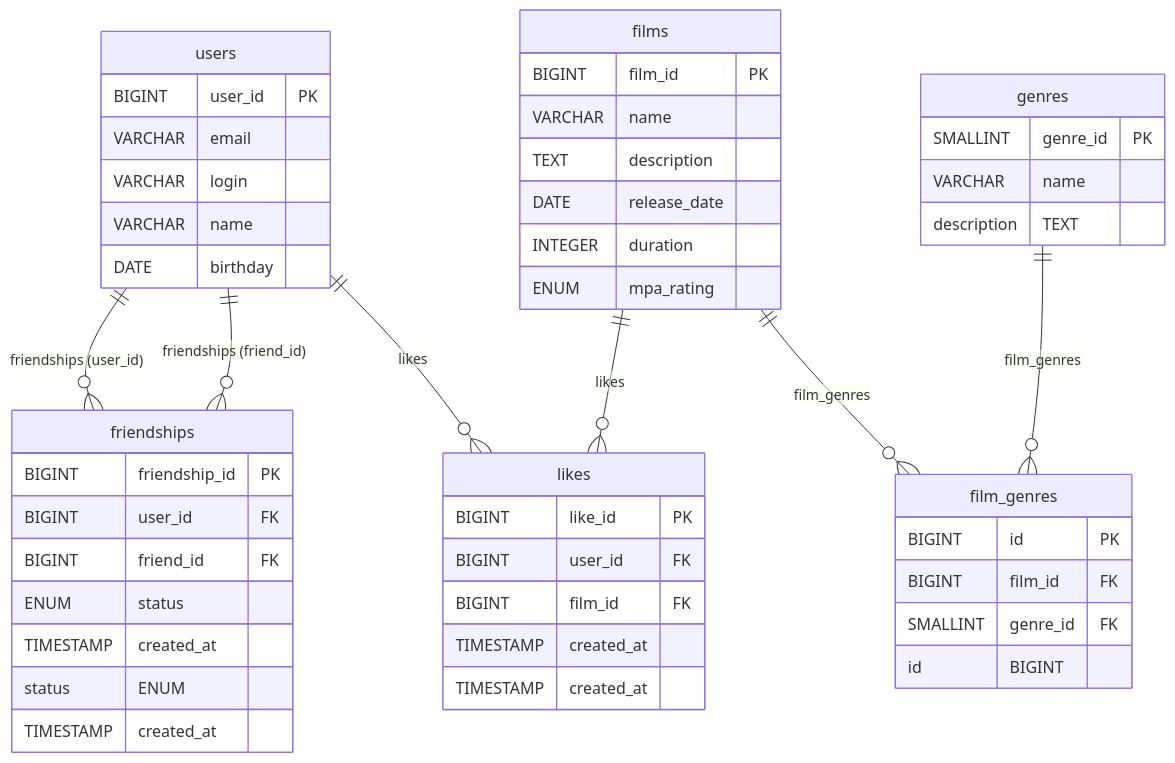
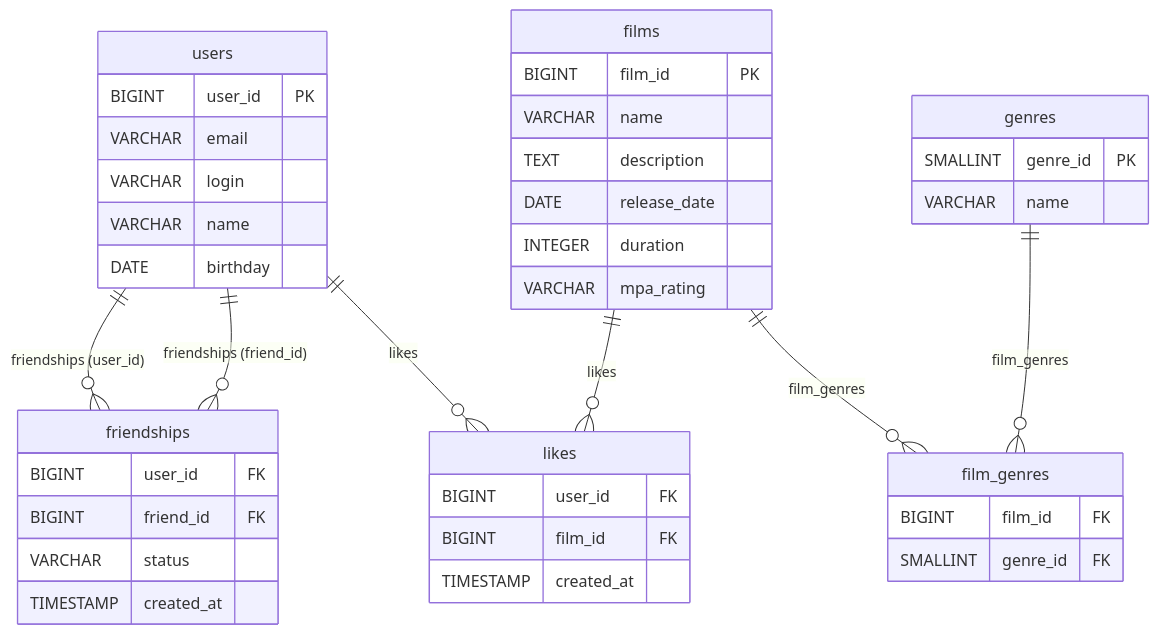
The diagram in README.md (impatient0/java-filmorate), drawn with Mermaid before and after one commit. The commit also changed 1 other file, not shown here.

Commit message:
switch to composite keys and update README accordingly

````diff
--- a/README.md
+++ b/README.md
@@ -6,69 +6,49 @@
 ```mermaid
 erDiagram
     users {
         BIGINT user_id PK
         VARCHAR email
         VARCHAR login
         VARCHAR name
         DATE birthday
     }
 
     films {
         BIGINT film_id PK
         VARCHAR name
         TEXT description
         DATE release_date
         INTEGER duration
-        ENUM mpa_rating
+        VARCHAR mpa_rating
     }
 
     genres {
         SMALLINT genre_id PK
         VARCHAR name
     }
 
     film_genres {
-        BIGINT id PK
         BIGINT film_id FK
         SMALLINT genre_id FK
     }
 
     friendships {
-        BIGINT friendship_id PK
         BIGINT user_id FK
         BIGINT friend_id FK
-        ENUM status
+        VARCHAR status
         TIMESTAMP created_at
     }
 
     likes {
-        BIGINT like_id PK
         BIGINT user_id FK
         BIGINT film_id FK
         TIMESTAMP created_at
     }
 
     users ||--o{ friendships : "friendships (user_id)"
     users ||--o{ friendships : "friendships (friend_id)"
     users ||--o{ likes : "likes"
     films ||--o{ likes : "likes"
     films ||--o{ film_genres : "film_genres"
     genres ||--o{ film_genres : "film_genres"
-
-    friendships {
-        status ENUM
-        TIMESTAMP created_at
-    }
-
-    likes {
-        TIMESTAMP created_at
-    }
-
-    film_genres {
-        id BIGINT
-    }
-
-    genres {
-        description TEXT
-    }
 ```
````
